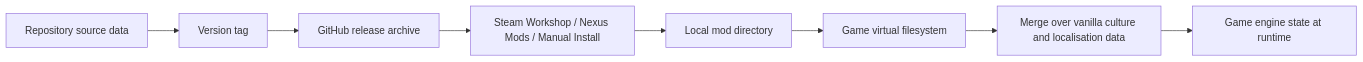
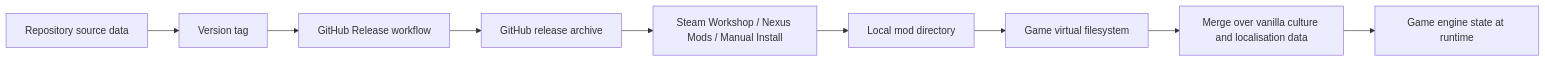
Before and after one commit to hmlendea/imperator-dracones-invictus: the fourth of 5 diagrams in ARCHITECTURE.md, drawn with Mermaid. The commit also changed other lines of this file and 23 other files, not shown here.

Commit message:
ci: Created the GitHub Release workflow

````diff
--- a/ARCHITECTURE.md
+++ b/ARCHITECTURE.md
@@ -196,10 +203,11 @@
 ```mermaid
 flowchart LR
     Source[Repository source data] --> Tag[Version tag]
-    Tag --> Archive[GitHub release archive]
+    Tag --> Build[GitHub Release workflow]
+    Build --> Archive[GitHub release archive]
     Archive --> Channels[Steam Workshop / Nexus Mods / Manual Install]
     Channels --> ModDir[Local mod directory]
     ModDir --> VFS[Game virtual filesystem]
     VFS --> Merge[Merge over vanilla culture and localisation data]
     Merge --> Engine[Game engine state at runtime]
 ```
````
